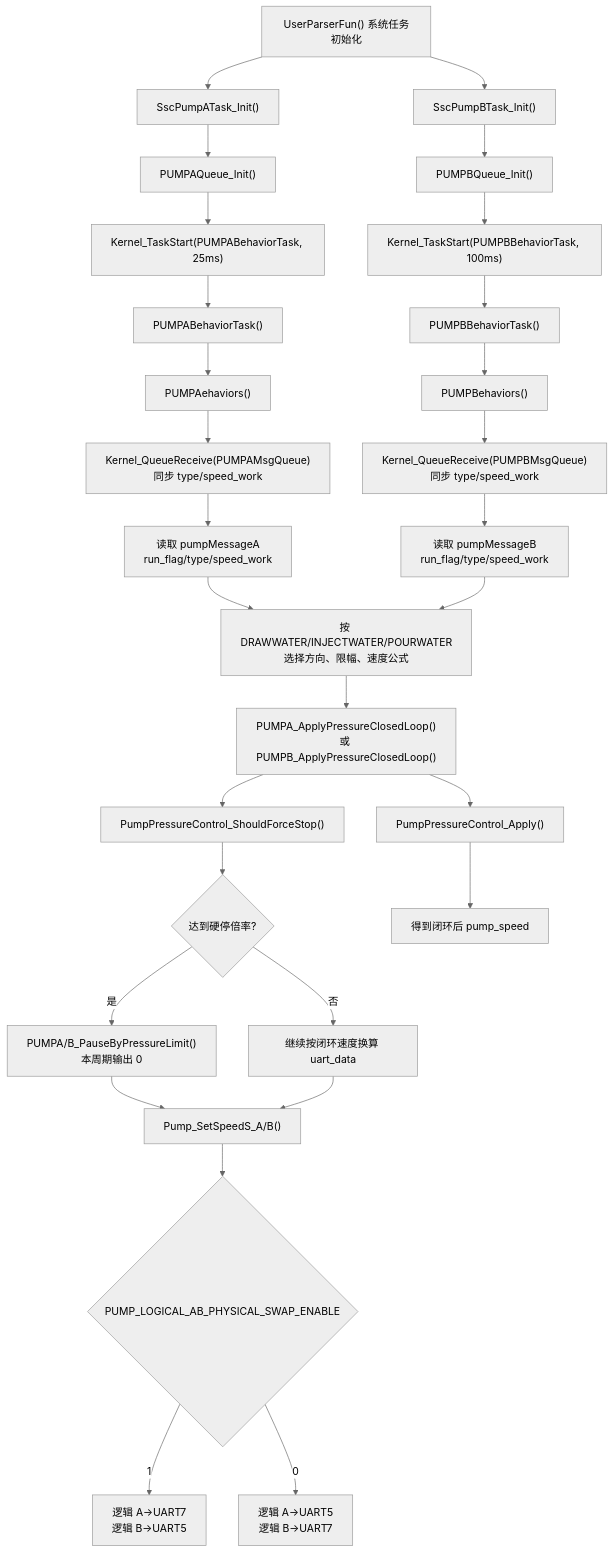
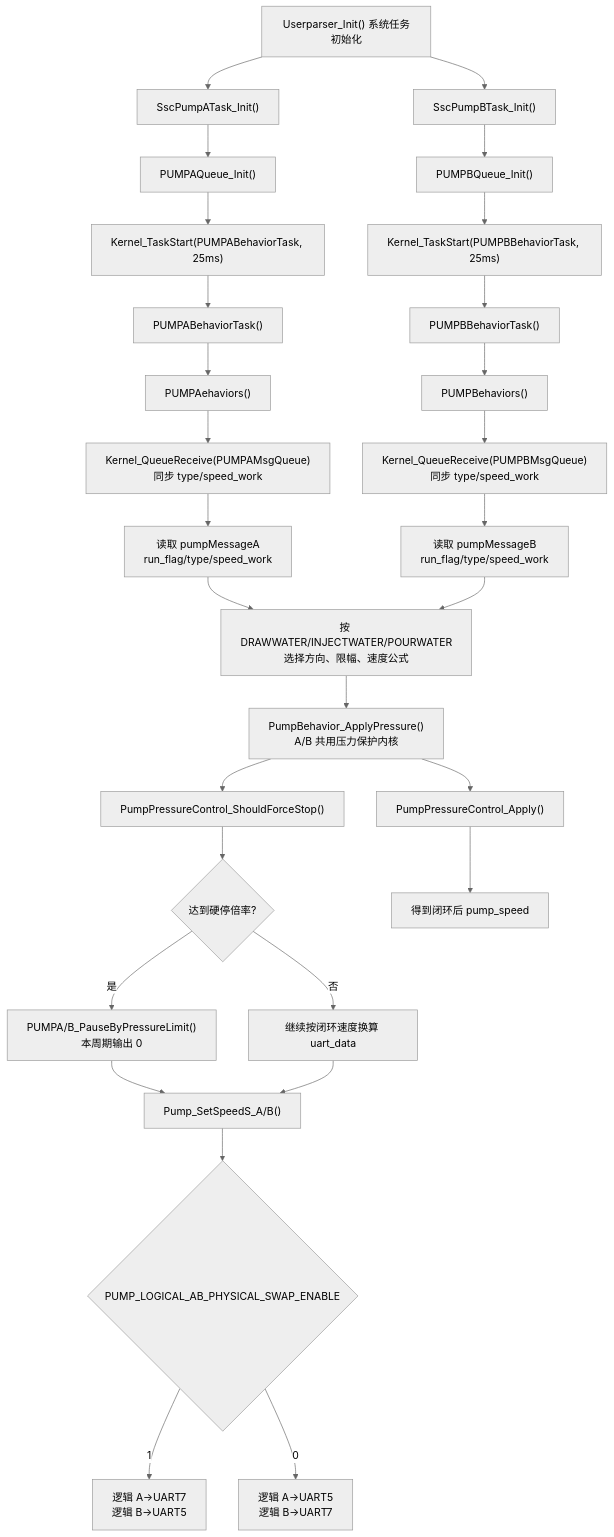
Diagram 14 of 22 in docs/product-software-handoff.md (HW9711/EH-main), drawn with Mermaid (neutral theme) before and after one commit. The commit also changed other lines of this file and 46 other files, not shown here.

````diff
--- a/docs/product-software-handoff.md
+++ b/docs/product-software-handoff.md
@@ -1171,31 +1171,31 @@
 ```mermaid
 flowchart TD
-    A["UserParserFun() 系统任务初始化"] --> B["SscPumpATask_Init()"]
+    A["Userparser_Init() 系统任务初始化"] --> B["SscPumpATask_Init()"]
     A --> C["SscPumpBTask_Init()"]
     B --> D["PUMPAQueue_Init()"]
     C --> E["PUMPBQueue_Init()"]
     D --> F["Kernel_TaskStart(PUMPABehaviorTask, 25ms)"]
-    E --> G["Kernel_TaskStart(PUMPBBehaviorTask, 100ms)"]
+    E --> G["Kernel_TaskStart(PUMPBBehaviorTask, 25ms)"]
     F --> H["PUMPABehaviorTask()"]
     G --> I["PUMPBBehaviorTask()"]
     H --> J["PUMPAehaviors()"]
     I --> K["PUMPBehaviors()"]
     J --> L["Kernel_QueueReceive(PUMPAMsgQueue)\n同步 type/speed_work"]
     K --> M["Kernel_QueueReceive(PUMPBMsgQueue)\n同步 type/speed_work"]
     L --> N["读取 pumpMessageA\nrun_flag/type/speed_work"]
     M --> O["读取 pumpMessageB\nrun_flag/type/speed_work"]
     N --> P["按 DRAWWATER/INJECTWATER/POURWATER\n选择方向、限幅、速度公式"]
     O --> P
-    P --> Q["PUMPA_ApplyPressureClosedLoop()\n或 PUMPB_ApplyPressureClosedLoop()"]
+    P --> Q["PumpBehavior_ApplyPressure()\nA/B 共用压力保护内核"]
     Q --> R["PumpPressureControl_ShouldForceStop()"]
     Q --> S["PumpPressureControl_Apply()"]
     R --> T{"达到硬停倍率?"}
     S --> U["得到闭环后 pump_speed"]
     T -->|是| V["PUMPA/B_PauseByPressureLimit()\n本周期输出 0"]
     T -->|否| W["继续按闭环速度换算 uart_data"]
     V --> X["Pump_SetSpeedS_A/B()"]
     W --> X
     X --> Y{"PUMP_LOGICAL_AB_PHYSICAL_SWAP_ENABLE"}
     Y -->|1| Z["逻辑 A->UART7\n逻辑 B->UART5"]
     Y -->|0| AA["逻辑 A->UART5\n逻辑 B->UART7"]
 ```
````
